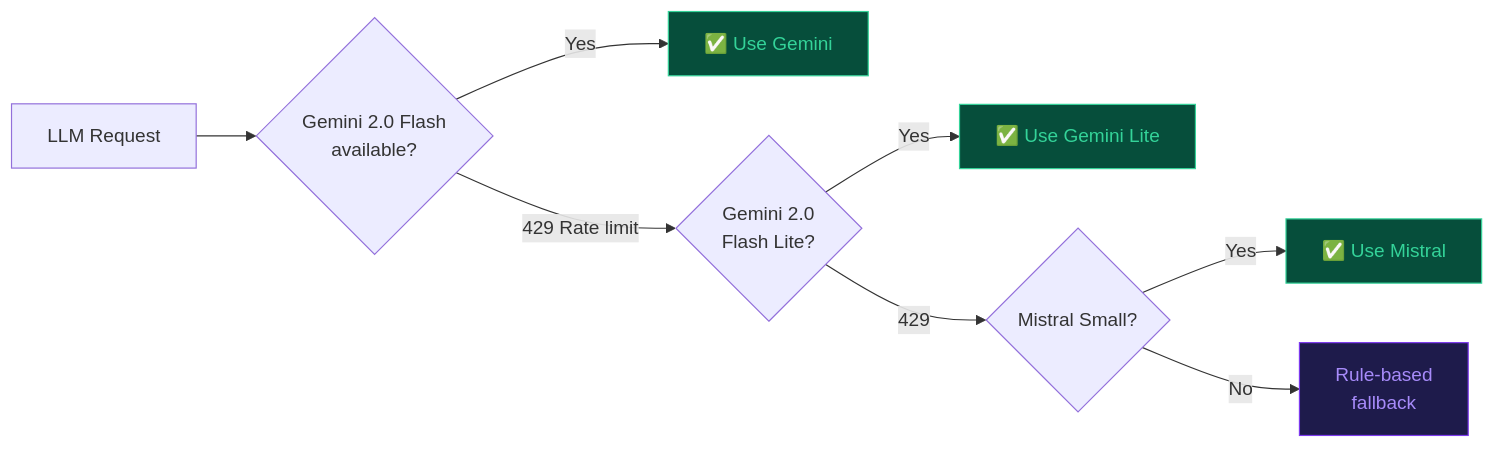
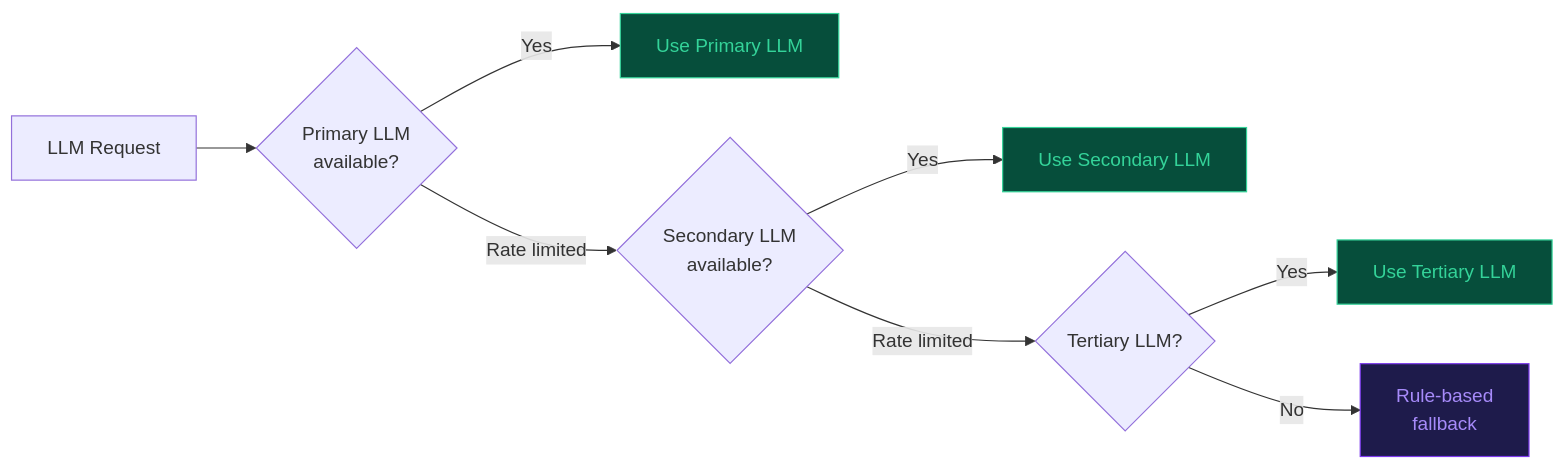
The third of 3 diagrams in ReadMe.md (Om7035/butterfly-effect), drawn with Mermaid before and after one commit. The commit also changed other lines of this file, not shown here.

Commit message:
fix: Mermaid parse error (remove pipe chars from synthetic control diagram), replace provider names with LLM

````diff
--- a/ReadMe.md
+++ b/ReadMe.md
@@ -239,15 +239,15 @@
 ```mermaid
 flowchart LR
-    A[LLM Request] --> B{Gemini 2.0 Flash\navailable?}
-    B -->|Yes| C[✅ Use Gemini]
-    B -->|429 Rate limit| D{Gemini 2.0\nFlash Lite?}
-    D -->|Yes| E[✅ Use Gemini Lite]
-    D -->|429| F{Mistral Small?}
-    F -->|Yes| G[✅ Use Mistral]
+    A[LLM Request] --> B{Primary LLM\navailable?}
+    B -->|Yes| C[Use Primary LLM]
+    B -->|Rate limited| D{Secondary LLM\navailable?}
+    D -->|Yes| E[Use Secondary LLM]
+    D -->|Rate limited| F{Tertiary LLM?}
+    F -->|Yes| G[Use Tertiary LLM]
     F -->|No| H[Rule-based\nfallback]
 
     style C fill:#064e3b,color:#34d399,stroke:#34d399
     style E fill:#064e3b,color:#34d399,stroke:#34d399
     style G fill:#064e3b,color:#34d399,stroke:#34d399
     style H fill:#1e1b4b,color:#a78bfa,stroke:#7c3aed
 ```
````
